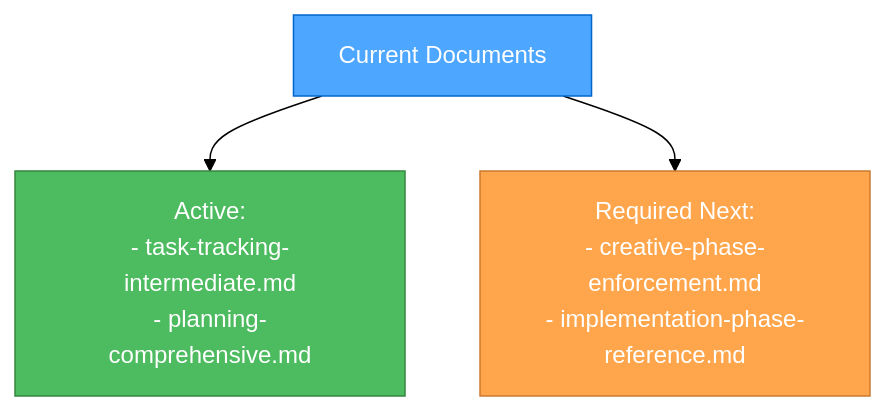
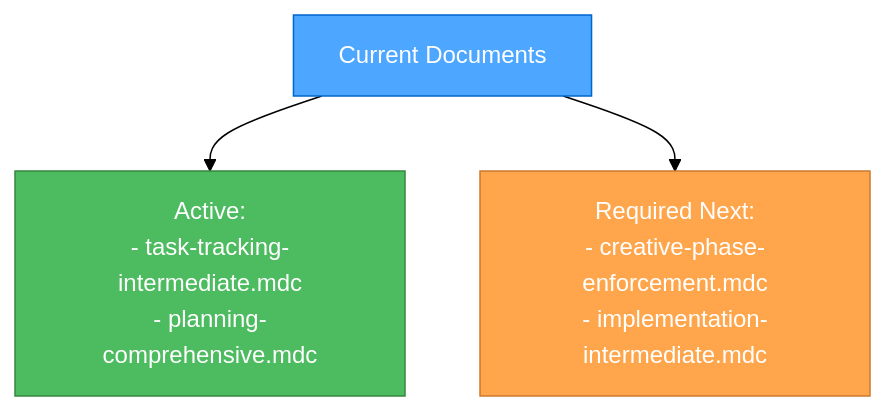
One commit to Texarkanine/.cursor-rules changed the fourth of 4 diagrams in rulesets/niko/niko/Level3/task-tracking-intermediate.mdc. Above: the diagram before and after it, drawn with Mermaid (forest theme). The commit also changed 43 other files, not shown here.

````diff
--- a/rulesets/niko/niko/Level3/task-tracking-intermediate.mdc
+++ b/rulesets/niko/niko/Level3/task-tracking-intermediate.mdc
@@ -127,9 +127,9 @@
 ```mermaid
 graph TD
-    Current["Current Documents"] --> Active["Active:<br>- task-tracking-intermediate.md<br>- planning-comprehensive.md"]
-    Current --> Required["Required Next:<br>- creative-phase-enforcement.md<br>- implementation-phase-reference.md"]
+    Current["Current Documents"] --> Active["Active:<br>- task-tracking-intermediate.mdc<br>- planning-comprehensive.mdc"]
+    Current --> Required["Required Next:<br>- creative-phase-enforcement.mdc<br>- implementation-intermediate.mdc"]
     
     style Current fill:#4da6ff,stroke:#0066cc,color:white
     style Active fill:#4dbb5f,stroke:#36873f,color:white
     style Required fill:#ffa64d,stroke:#cc7a30,color:white
 ``` 
````
